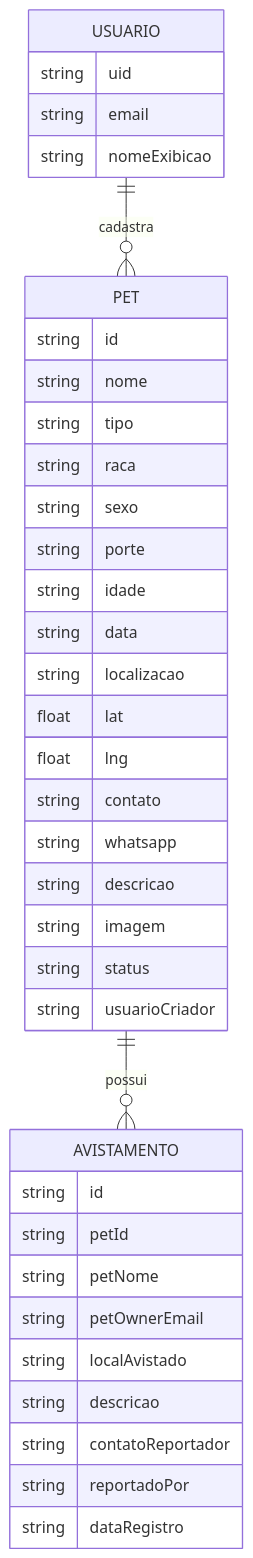
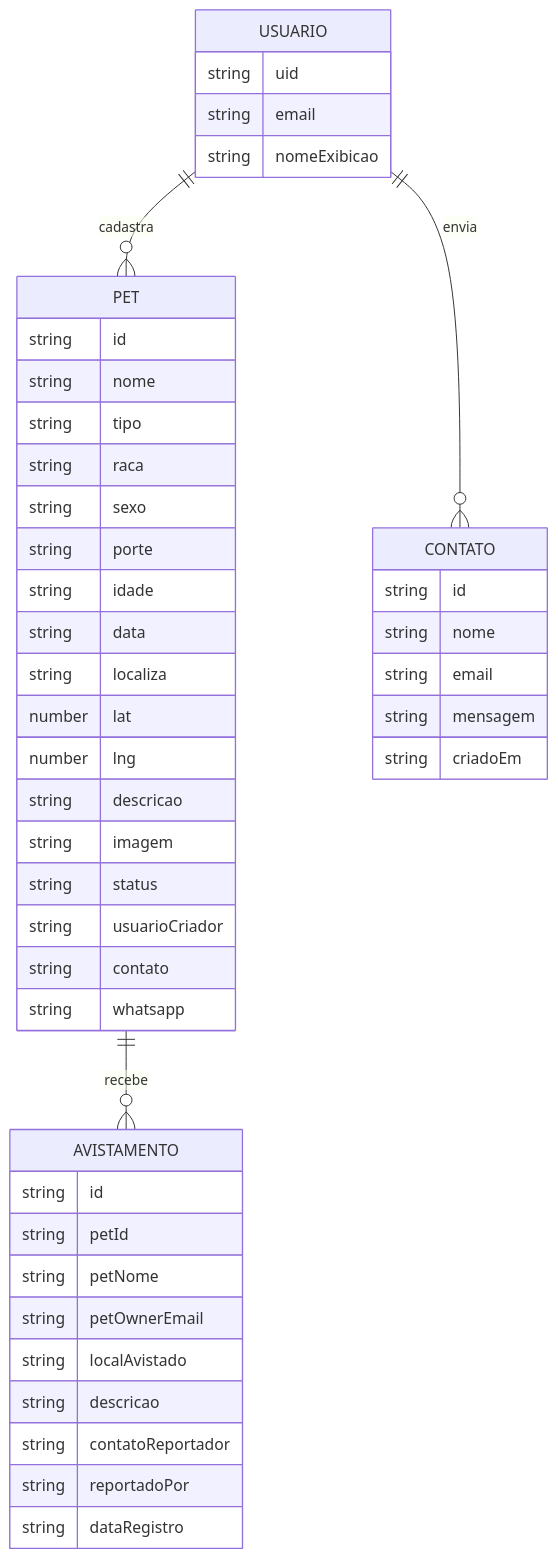
Before and after one commit to Reminsonrps/PetConecta: diagram 11 of 11 in docs/modelagem-site.md, drawn with Mermaid. The commit also changed other lines of this file and 163 other files, not shown here.

````diff
--- a/docs/modelagem-site.md
+++ b/docs/modelagem-site.md
@@ -103,43 +442,49 @@
 ```mermaid
 erDiagram
-    PET ||--o{ AVISTAMENTO : possui
     USUARIO ||--o{ PET : cadastra
+    PET ||--o{ AVISTAMENTO : recebe
+    USUARIO ||--o{ CONTATO : envia
 
     USUARIO {
         string uid
         string email
         string nomeExibicao
     }
-
     PET {
         string id
         string nome
         string tipo
         string raca
         string sexo
         string porte
         string idade
         string data
-        string localizacao
-        float lat
-        float lng
-        string contato
-        string whatsapp
+        string localiza
+        number lat
+        number lng
         string descricao
         string imagem
         string status
         string usuarioCriador
+        string contato
+        string whatsapp
     }
-
     AVISTAMENTO {
         string id
         string petId
         string petNome
         string petOwnerEmail
         string localAvistado
         string descricao
         string contatoReportador
         string reportadoPor
         string dataRegistro
     }
+    CONTATO {
+        string id
+        string nome
+        string email
+        string mensagem
+        string criadoEm
+    }
 ```
````
